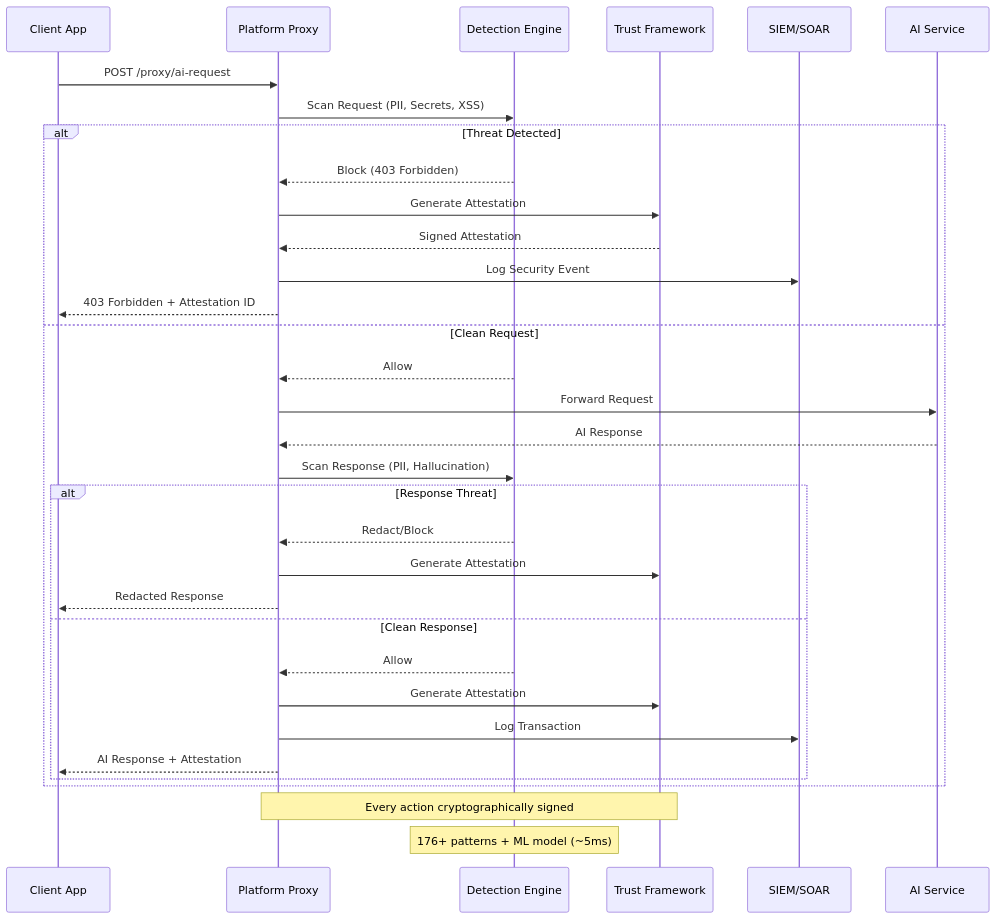
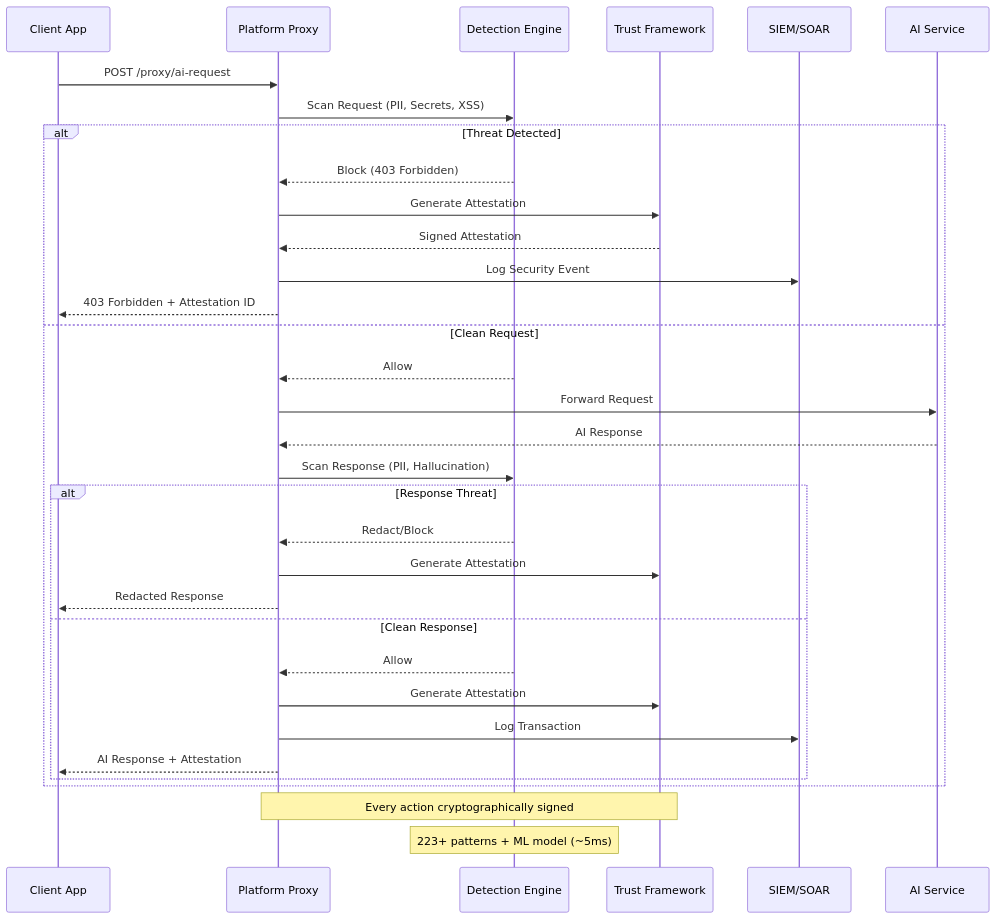
Before and after one commit to aegisgatesecurity/aegisgate-site: the second of 2 diagrams in content/platform/_index.md, drawn with Mermaid. The commit also changed other lines of this file and 28 other files, not shown here.

```diff
--- a/content/platform/_index.md
+++ b/content/platform/_index.md
@@ -223,39 +223,39 @@
 {{< mermaid >}}
 sequenceDiagram
     participant Client as Client App
     participant Proxy as Platform Proxy
     participant Scanner as Detection Engine
     participant Trust as Trust Framework
     participant SIEM as SIEM/SOAR
     participant AI as AI Service
 
     Client->>Proxy: POST /proxy/ai-request
     Proxy->>Scanner: Scan Request (PII, Secrets, XSS)
     
     alt Threat Detected
         Scanner-->>Proxy: Block (403 Forbidden)
         Proxy->>Trust: Generate Attestation
         Trust-->>Proxy: Signed Attestation
         Proxy->>SIEM: Log Security Event
         Proxy-->>Client: 403 Forbidden + Attestation ID
     else Clean Request
         Scanner-->>Proxy: Allow
         Proxy->>AI: Forward Request
         AI-->>Proxy: AI Response
         Proxy->>Scanner: Scan Response (PII, Hallucination)
         
         alt Response Threat
             Scanner-->>Proxy: Redact/Block
             Proxy->>Trust: Generate Attestation
             Proxy-->>Client: Redacted Response
         else Clean Response
             Scanner-->>Proxy: Allow
             Proxy->>Trust: Generate Attestation
             Proxy->>SIEM: Log Transaction
             Proxy-->>Client: AI Response + Attestation
         end
     end
 
     Note over Proxy,Trust: Every action cryptographically signed
-    Note over Scanner: 176+ patterns + ML model (~5ms)
+    Note over Scanner: 223+ patterns + ML model (~5ms)
 {{< /mermaid >}}
```
